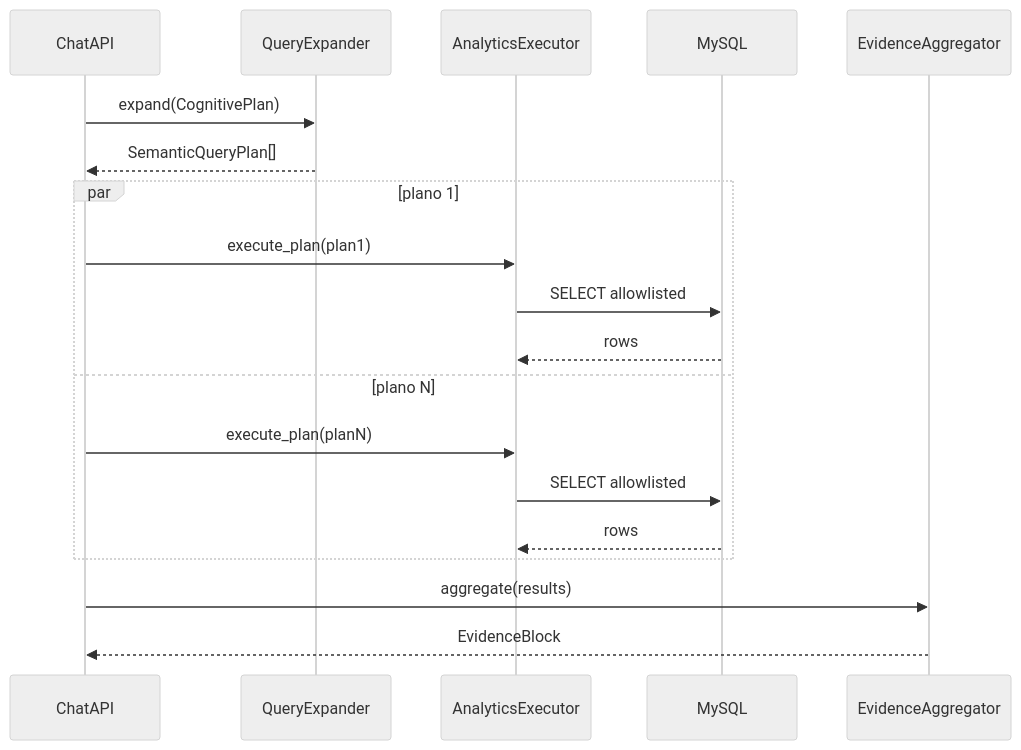
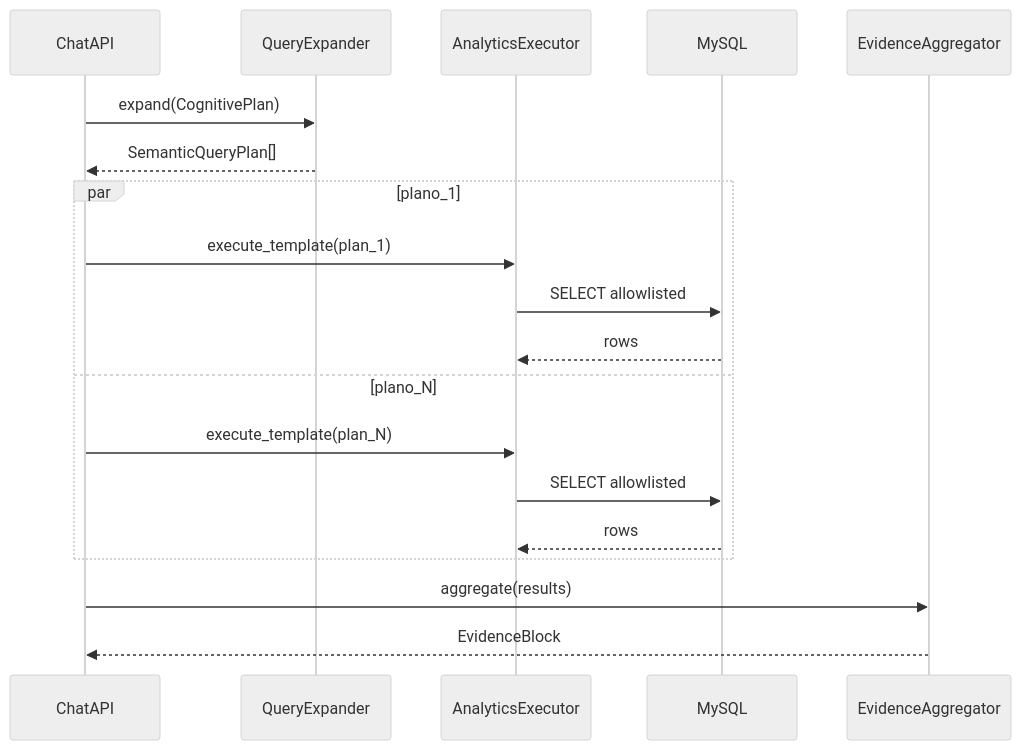
Before and after one commit to cristianosantana/jupter_notebook: the fourth of 12 diagrams in orion_mcp_v3/docs/architecture/ANALISE_ARQUITETURAL_SENIOR.md, drawn with Mermaid (neutral theme). The commit also changed other lines of this file and 3 other files, not shown here.

````diff
--- a/orion_mcp_v3/docs/architecture/ANALISE_ARQUITETURAL_SENIOR.md
+++ b/orion_mcp_v3/docs/architecture/ANALISE_ARQUITETURAL_SENIOR.md
@@ -504,22 +285,22 @@
 ```mermaid
 sequenceDiagram
     participant API as ChatAPI
     participant EXP as QueryExpander
     participant EXE as AnalyticsExecutor
     participant SQL as MySQL
     participant EVD as EvidenceAggregator
 
     API->>EXP: expand(CognitivePlan)
     EXP-->>API: SemanticQueryPlan[]
-    par plano 1
-        API->>EXE: execute_plan(plan1)
+    par plano_1
+        API->>EXE: execute_template(plan_1)
         EXE->>SQL: SELECT allowlisted
         SQL-->>EXE: rows
-    and plano N
-        API->>EXE: execute_plan(planN)
+    and plano_N
+        API->>EXE: execute_template(plan_N)
         EXE->>SQL: SELECT allowlisted
         SQL-->>EXE: rows
     end
     API->>EVD: aggregate(results)
     EVD-->>API: EvidenceBlock
 ```
````
